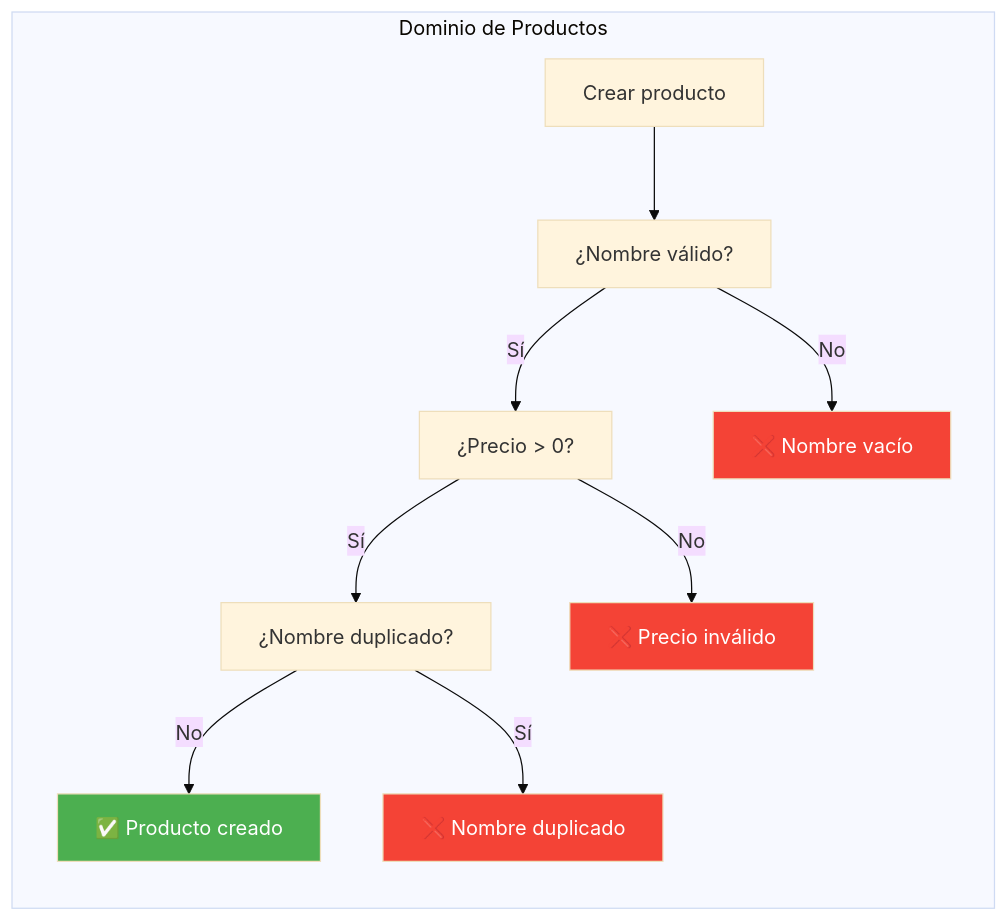
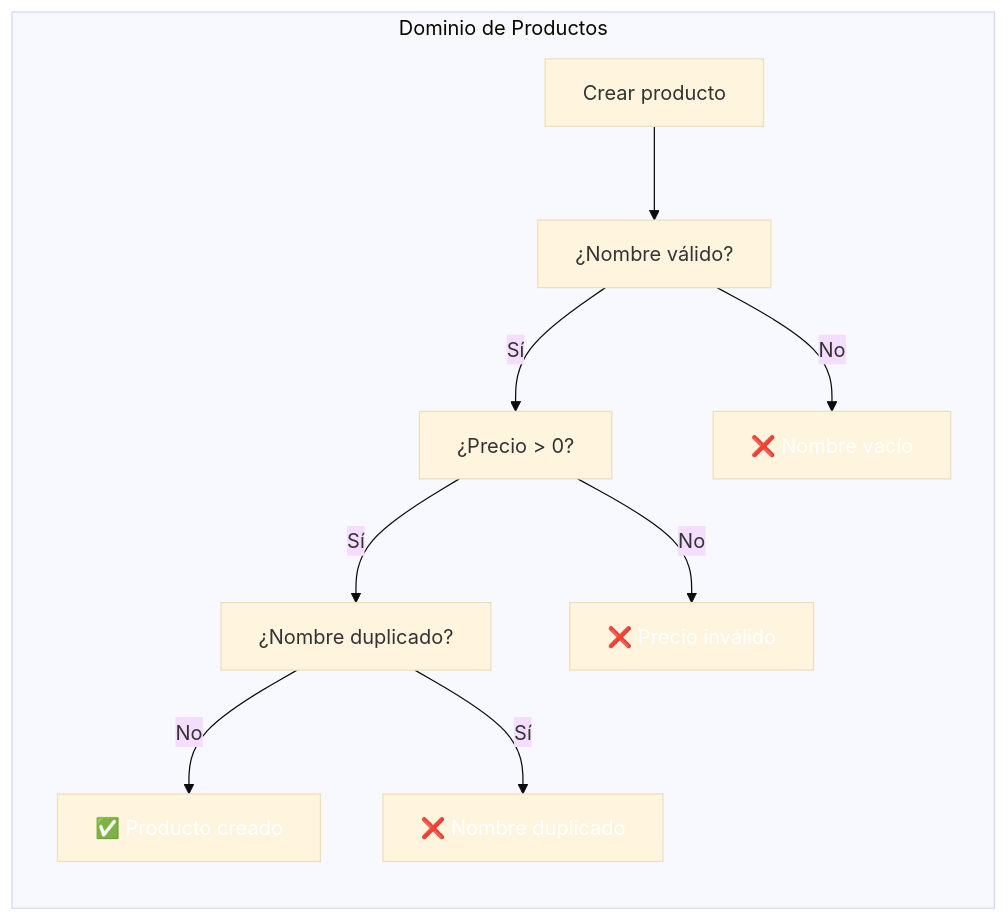
Before and after one commit to joseluisgs/DesarrolloWebEntornosServidor-02-2026-2027: the first of 4 diagrams in 07-excepciones-patron-result.md, drawn with Mermaid (base theme). The commit also changed other lines of this file and 41 other files, not shown here.

````diff
--- a/07-excepciones-patron-result.md
+++ b/07-excepciones-patron-result.md
@@ -87,17 +87,17 @@
 ```mermaid
 flowchart LR
     subgraph "Dominio de Productos"
         A["Crear producto"] --> B["¿Nombre válido?"]
         B -->|Sí| C["¿Precio > 0?"]
         B -->|No| D["❌ Nombre vacío"]
         C -->|Sí| E["¿Nombre duplicado?"]
         C -->|No| F["❌ Precio inválido"]
         E -->|No| G["✅ Producto creado"]
         E -->|Sí| H["❌ Nombre duplicado"]
     end
 
-    style G fill:#4CAF50,color:#fff
-    style D fill:#f44336,color:#fff
-    style F fill:#f44336,color:#fff
-    style H fill:#f44336,color:#fff
+    style G fill:#4CAF5,color:#fff0,color:#fff
+    style D fill:#f4433,color:#fff6,color:#fff
+    style F fill:#f4433,color:#fff6,color:#fff
+    style H fill:#f4433,color:#fff6,color:#fff
 ```
````
